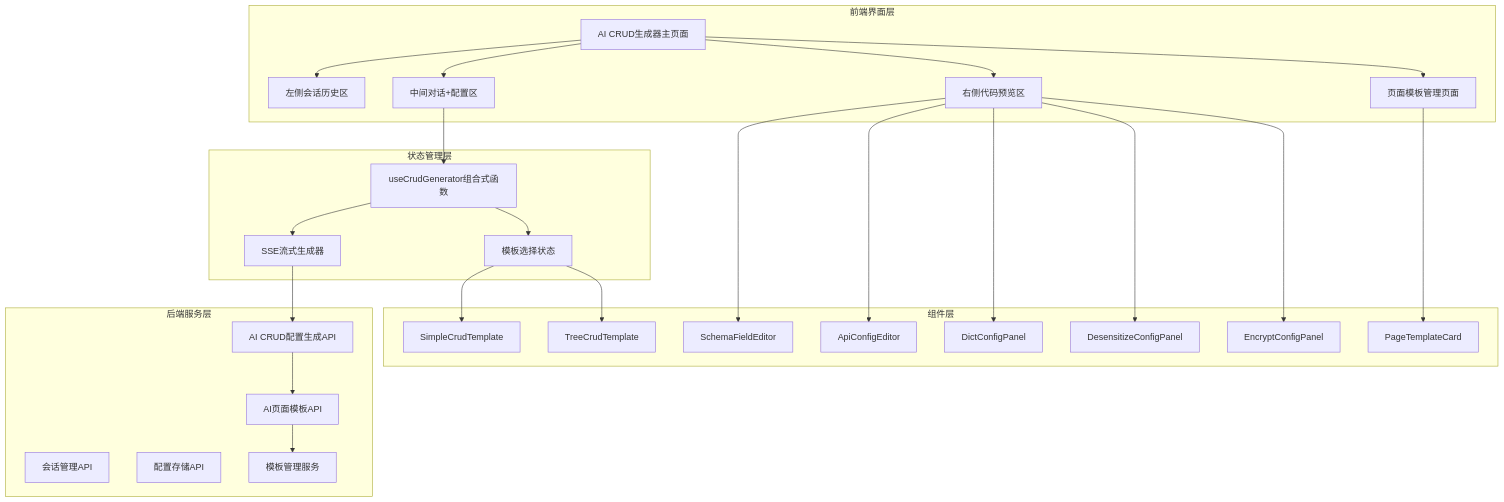
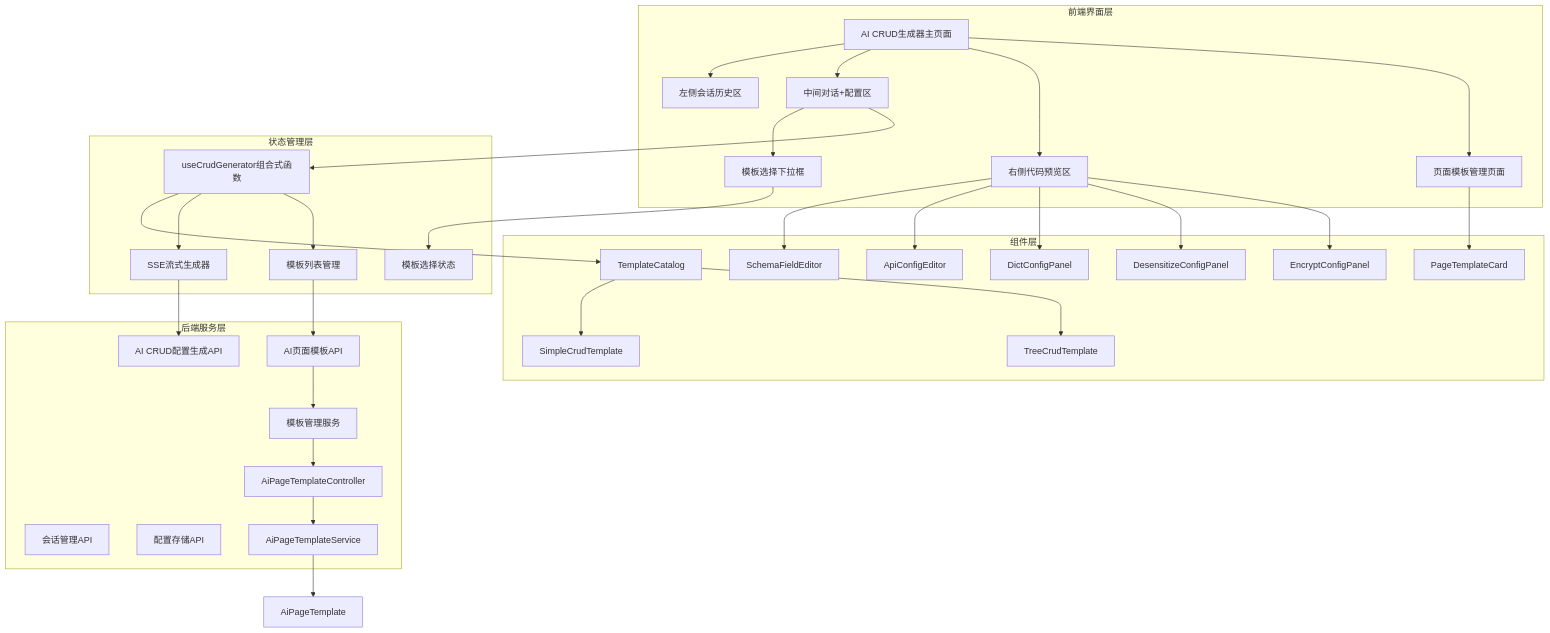
One commit to yaomindong1996/forge-admin changed the first of 14 diagrams in .qoder/repowiki/zh/content/核心功能模块/AI CRUD生成器.md. Above: the diagram before and after it, drawn with Mermaid. The commit also changed other lines of this file and 68 other files, not shown here.

````diff
--- a/.qoder/repowiki/zh/content/核心功能模块/AI CRUD生成器.md
+++ b/.qoder/repowiki/zh/content/核心功能模块/AI CRUD生成器.md
@@ -58,50 +67,61 @@
 ```mermaid
 graph TB
 subgraph "前端界面层"
 A[AI CRUD生成器主页面]
 B[左侧会话历史区]
 C[中间对话+配置区]
 D[右侧代码预览区]
 E[页面模板管理页面]
+F[模板选择下拉框]
 end
 subgraph "组件层"
-F[SchemaFieldEditor]
-G[ApiConfigEditor]
-H[DictConfigPanel]
-I[DesensitizeConfigPanel]
-J[EncryptConfigPanel]
-K[SimpleCrudTemplate]
-L[TreeCrudTemplate]
-M[PageTemplateCard]
+G[SchemaFieldEditor]
+H[ApiConfigEditor]
+I[DictConfigPanel]
+J[DesensitizeConfigPanel]
+K[EncryptConfigPanel]
+L[SimpleCrudTemplate]
+M[TreeCrudTemplate]
+N[PageTemplateCard]
+O[TemplateCatalog]
 end
 subgraph "状态管理层"
-N[useCrudGenerator组合式函数]
-O[SSE流式生成器]
-P[模板选择状态]
+P[useCrudGenerator组合式函数]
+Q[SSE流式生成器]
+R[模板选择状态]
+S[模板列表管理]
 end
 subgraph "后端服务层"
-Q[AI CRUD配置生成API]
-R[会话管理API]
-S[配置存储API]
-T[AI页面模板API]
-U[模板管理服务]
+T[AI CRUD配置生成API]
+U[会话管理API]
+V[配置存储API]
+W[AI页面模板API]
+X[模板管理服务]
+Y[AiPageTemplateController]
+Z[AiPageTemplateService]
 end
 A --> B
 A --> C
 A --> D
 A --> E
-C --> N
-D --> F
+C --> F
+F --> R
+C --> P
 D --> G
 D --> H
 D --> I
 D --> J
-E --> M
-N --> O
-N --> P
-O --> Q
-P --> K
-P --> L
+D --> K
+E --> N
+P --> O
+O --> L
+O --> M
+P --> Q
+P --> S
 Q --> T
-T --> U
+S --> W
+W --> X
+X --> Y
+Y --> Z
+Z --> AiPageTemplate
 ```
````
